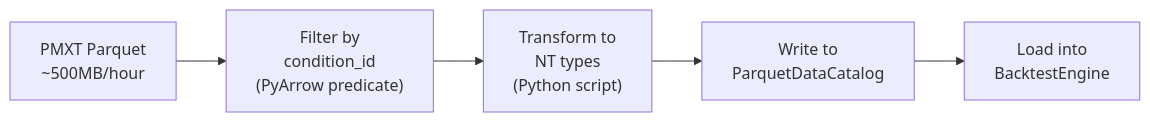
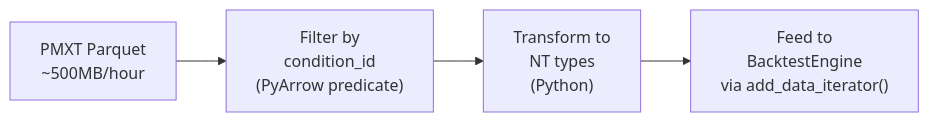
One commit to JSai23/nautilus_trader changed the third of 8 diagrams in agents/PLAN.md. Above: the diagram before and after it, drawn with Mermaid. The commit also changed other lines of this file and 7 other files, not shown here.

````diff
--- a/agents/PLAN.md
+++ b/agents/PLAN.md
@@ -321,7 +365,6 @@
 ```mermaid
 flowchart LR
     PMXT["PMXT Parquet<br/>~500MB/hour"] --> FILTER["Filter by<br/>condition_id<br/>(PyArrow predicate)"]
-    FILTER --> TRANSFORM["Transform to<br/>NT types<br/>(Python script)"]
-    TRANSFORM --> CATALOG["Write to<br/>ParquetDataCatalog"]
-    CATALOG --> ENGINE["Load into<br/>BacktestEngine"]
+    FILTER --> TRANSFORM["Transform to<br/>NT types<br/>(Python)"]
+    TRANSFORM --> ENGINE["Feed to<br/>BacktestEngine<br/>via add_data_iterator()"]
 ```
````
